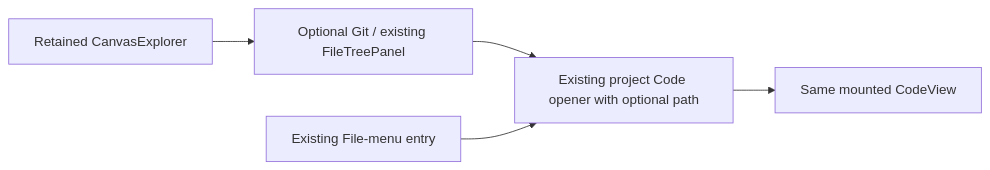
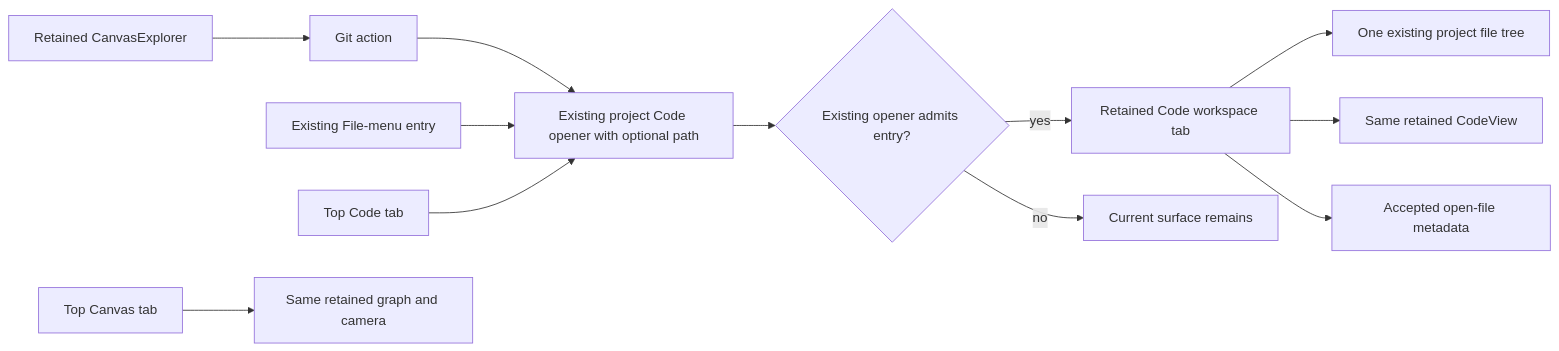
Diagram 15 of 15 in docs/architecture/components/web/graph/canvas-shell-component.md (dunay2/dvt), drawn with Mermaid before and after one commit. The commit also changed other lines of this file and 145 other files, not shown here.

Commit message:
refactor(ci): Modularize Planning DB and consolidate retained Code presentation

````diff
--- a/docs/architecture/components/web/graph/canvas-shell-component.md
+++ b/docs/architecture/components/web/graph/canvas-shell-component.md
@@ -857,7 +875,14 @@
 ```mermaid
 flowchart LR
-  Explorer[Retained CanvasExplorer] --> Git[Optional Git / existing FileTreePanel]
+  Explorer[Retained CanvasExplorer] --> Git[Git action]
   Git --> Opener[Existing project Code opener with optional path]
   File[Existing File-menu entry] --> Opener
-  Opener --> Code[Same mounted CodeView]
+  CodeTab[Top Code tab] --> Opener
+  Opener --> Admission{Existing opener admits entry?}
+  Admission -->|yes| Code[Retained Code workspace tab]
+  Admission -->|no| Prior[Current surface remains]
+  Code --> Tree[One existing project file tree]
+  Code --> Editor[Same retained CodeView]
+  Code --> Metadata[Accepted open-file metadata]
+  Return[Top Canvas tab] --> Graph[Same retained graph and camera]
 ```
````
